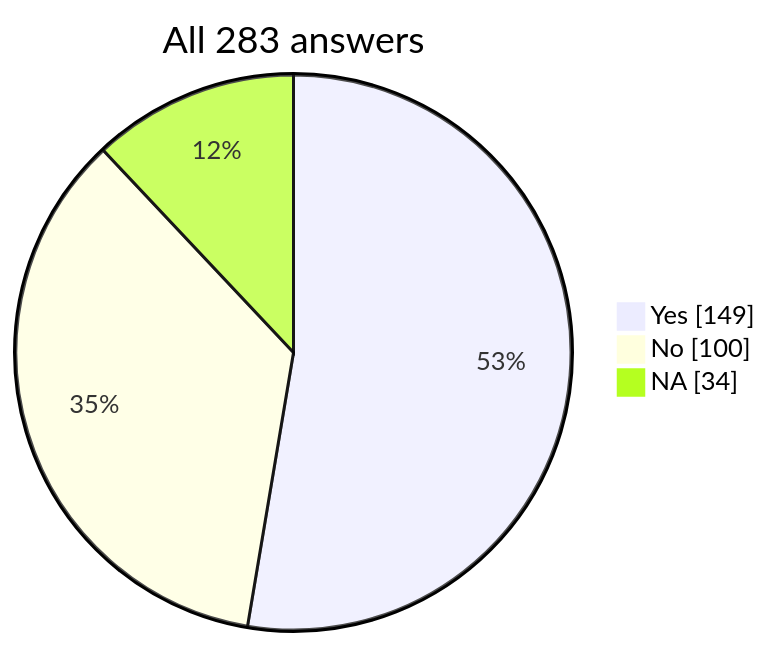
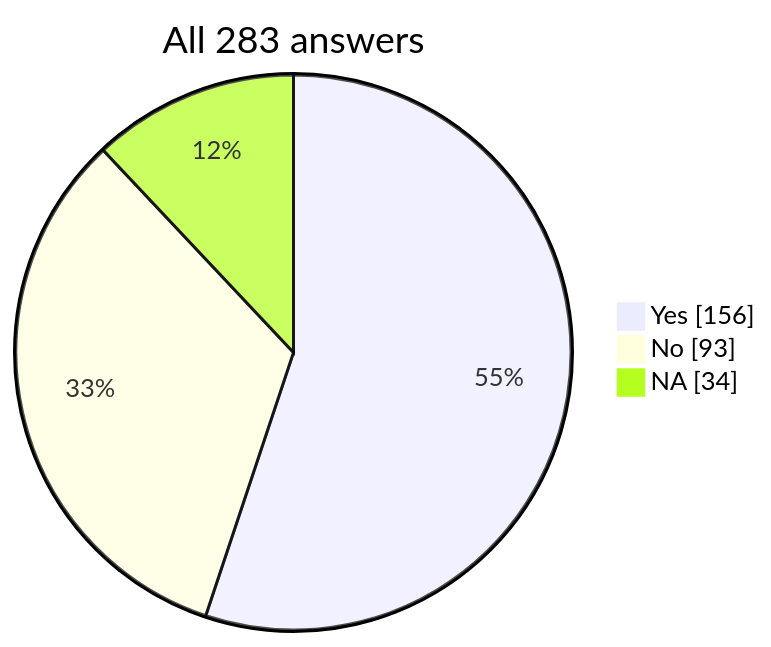
Before and after one commit to Colorado-Startups/legallas: the diagram in docs/security/caiq.md, drawn with Mermaid. The commit also changed other lines of this file and 10 other files, not shown here.

````diff
--- a/docs/security/caiq.md
+++ b/docs/security/caiq.md
@@ -27,6 +27,6 @@
 ```mermaid
 pie showData title All 283 answers
-  "Yes" : 149
-  "No" : 100
+  "Yes" : 156
+  "No" : 93
   "NA" : 34
 ```
````
